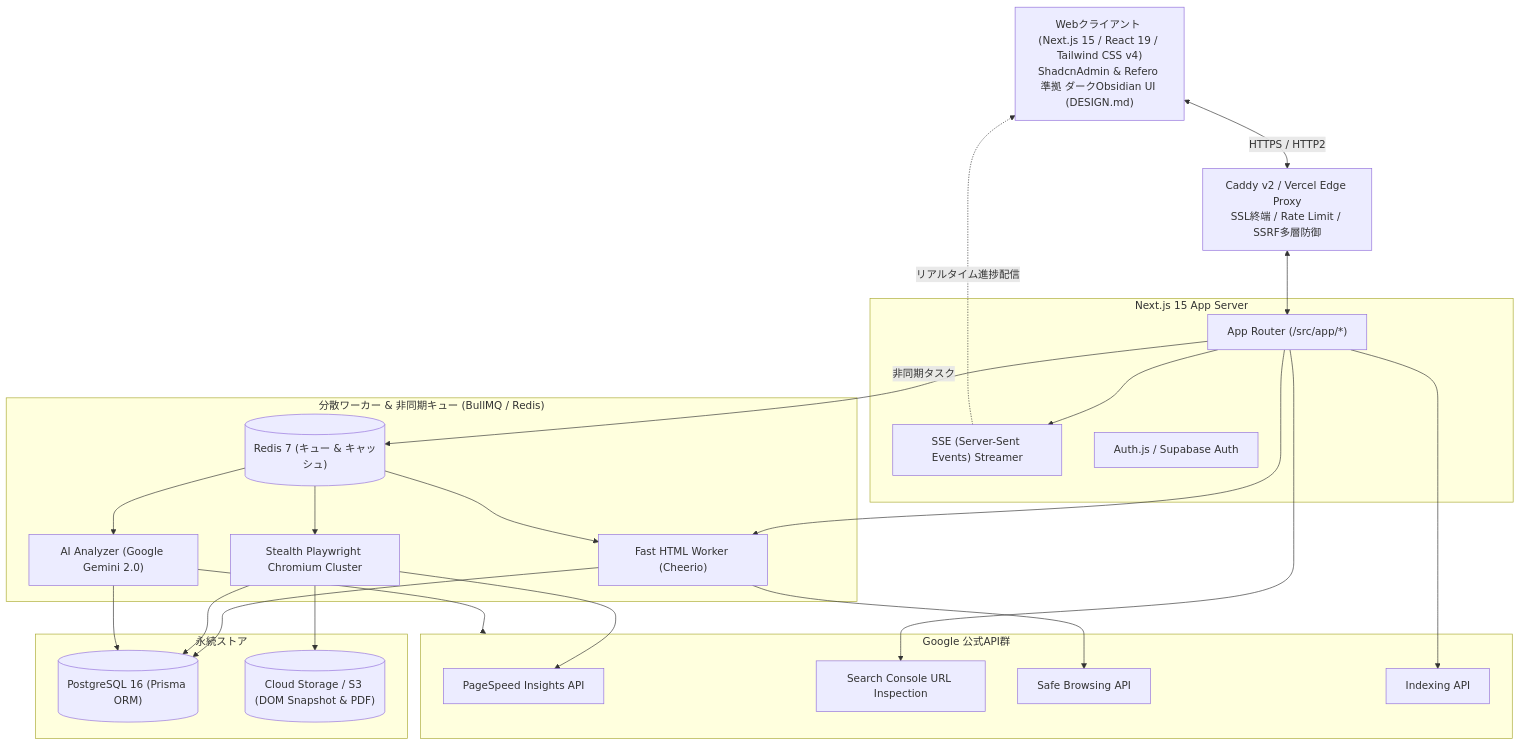
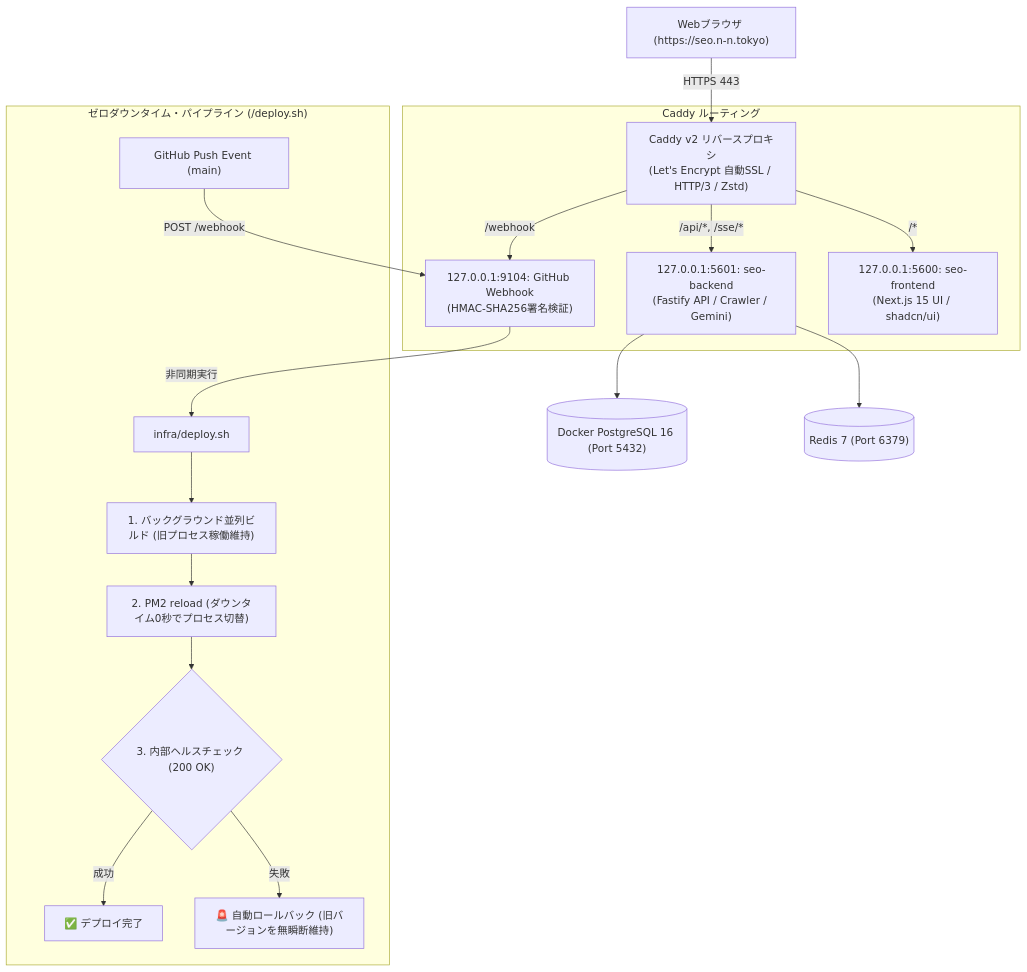
Before and after one commit to nntokyo/seo.n-n.tokyo: the diagram in README.md, drawn with Mermaid. The commit also changed other lines of this file and 8 other files, not shown here.

Commit message:
feat(infra): decouple backend/frontend and implement zero-downtime webhook deploy

````diff
--- a/README.md
+++ b/README.md
@@ -38,44 +40,23 @@
 ```mermaid
-graph TD
-    Client["Webクライアント (Next.js 15 / React 19 / Tailwind CSS v4)\nShadcnAdmin & Refero 準拠 ダークObsidian UI (DESIGN.md)"]
-    Edge["Caddy v2 / Vercel Edge Proxy\nSSL終端 / Rate Limit / SSRF多層防御"]
+flowchart TD
+    Client["Webブラウザ (https://seo.n-n.tokyo)"] -->|HTTPS 443| Caddy["Caddy v2 リバースプロキシ\n(Let's Encrypt 自動SSL / HTTP/3 / Zstd)"]
     
-    subgraph NextApp["Next.js 15 App Server"]
-        Routes["App Router (/src/app/*)"]
-        SSE["SSE (Server-Sent Events) Streamer"]
-        Auth["Auth.js / Supabase Auth"]
+    subgraph Routing["Caddy ルーティング"]
+        Caddy -->|/webhook| Webhook["127.0.0.1:9104: GitHub Webhook\n(HMAC-SHA256署名検証)"]
+        Caddy -->|/api/*, /sse/*| Backend["127.0.0.1:5601: seo-backend\n(Fastify API / Crawler / Gemini)"]
+        Caddy -->|/*| Frontend["127.0.0.1:5600: seo-frontend\n(Next.js 15 UI / shadcn/ui)"]
     end
 
-    subgraph Workers["分散ワーカー & 非同期キュー (BullMQ / Redis)"]
-        Redis[("Redis 7 (キュー & キャッシュ)")]
-        Fast["Fast HTML Worker (Cheerio)"]
-        Browser["Stealth Playwright Chromium Cluster"]
-        AiWorker["AI Analyzer (Google Gemini 2.0)"]
+    subgraph ZeroDowntime["ゼロダウンタイム・パイプライン (/deploy.sh)"]
+        GitHub["GitHub Push Event (main)"] -->|POST /webhook| Webhook
+        Webhook -->|非同期実行| DeployScript["infra/deploy.sh"]
+        DeployScript --> Build["1. バックグラウンド並列ビルド (旧プロセス稼働維持)"]
+        Build --> Reload["2. PM2 reload (ダウンタイム0秒でプロセス切替)"]
+        Reload --> Health{"3. 内部ヘルスチェック (200 OK)"}
+        Health -- 成功 --> Success["✅ デプロイ完了"]
+        Health -- 失敗 --> Rollback["🚨 自動ロールバック (旧バージョンを無瞬断維持)"]
     end
 
-    subgraph Data["永続ストア"]
-        Postgres[("PostgreSQL 16 (Prisma ORM)")]
-        Storage[("Cloud Storage / S3 (DOM Snapshot & PDF)")]
-    end
-
-    subgraph GoogleAPIs["Google 公式API群"]
-        PSI["PageSpeed Insights API"]
-        GSC["Search Console URL Inspection"]
-        Safe["Safe Browsing API"]
-        Index["Indexing API"]
-    end
-
-    Client <-->|HTTPS / HTTP2| Edge
-    Edge <--> Routes
-    Routes --> SSE
-    SSE -.->|リアルタイム進捗配信| Client
-    Routes --> Fast
-    Routes -->|非同期タスク| Redis
-    Redis --> Browser & Fast & AiWorker
-    Browser --> Storage
-    Fast & Browser & AiWorker --> Postgres
-    Fast --> Safe
-    Browser --> PSI
-    Routes --> GSC & Index
-    AiWorker --> GoogleAPIs
+    Backend --> Postgres[("Docker PostgreSQL 16 (Port 5432)")]
+    Backend --> Redis[("Redis 7 (Port 6379)")]
 ```
````
